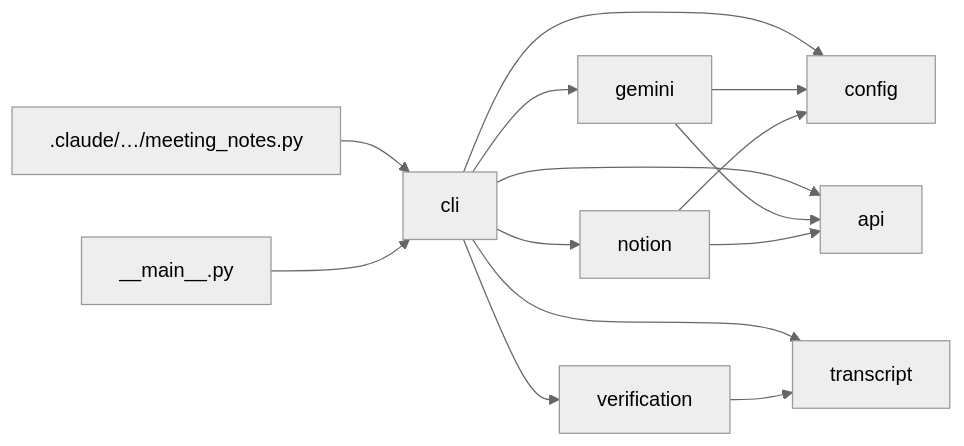
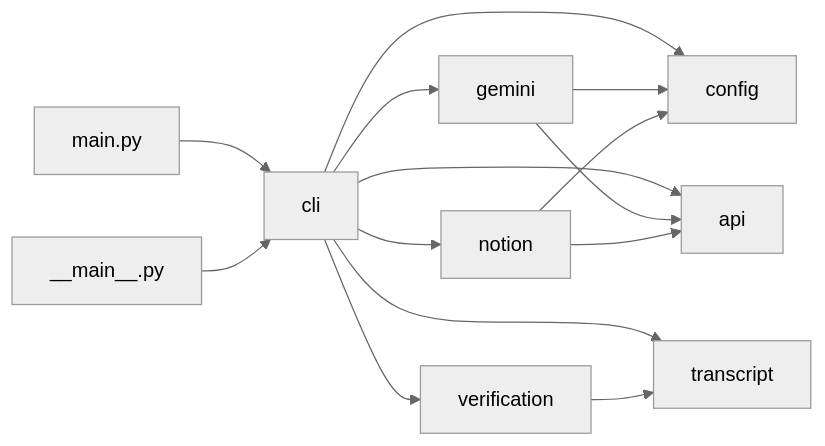
One commit to kartavyaverma/Meeting-Notes-Assignment changed the second of 2 diagrams in PROJECT_STRUCTURE.md. Above: the diagram before and after it, drawn with Mermaid (neutral theme). The commit also changed other lines of this file and 7 other files, not shown here.

````diff
--- a/PROJECT_STRUCTURE.md
+++ b/PROJECT_STRUCTURE.md
@@ -97,16 +93,16 @@
 ```mermaid
 flowchart LR
-    entry[".claude/…/meeting_notes.py"] --> cli
+    entry["main.py"] --> cli
     main["__main__.py"] --> cli
     cli --> config
     cli --> api
     cli --> gemini
     cli --> notion
     cli --> transcript
     cli --> verification
     gemini --> api
     gemini --> config
     notion --> api
     notion --> config
     verification --> transcript
 ```
````
